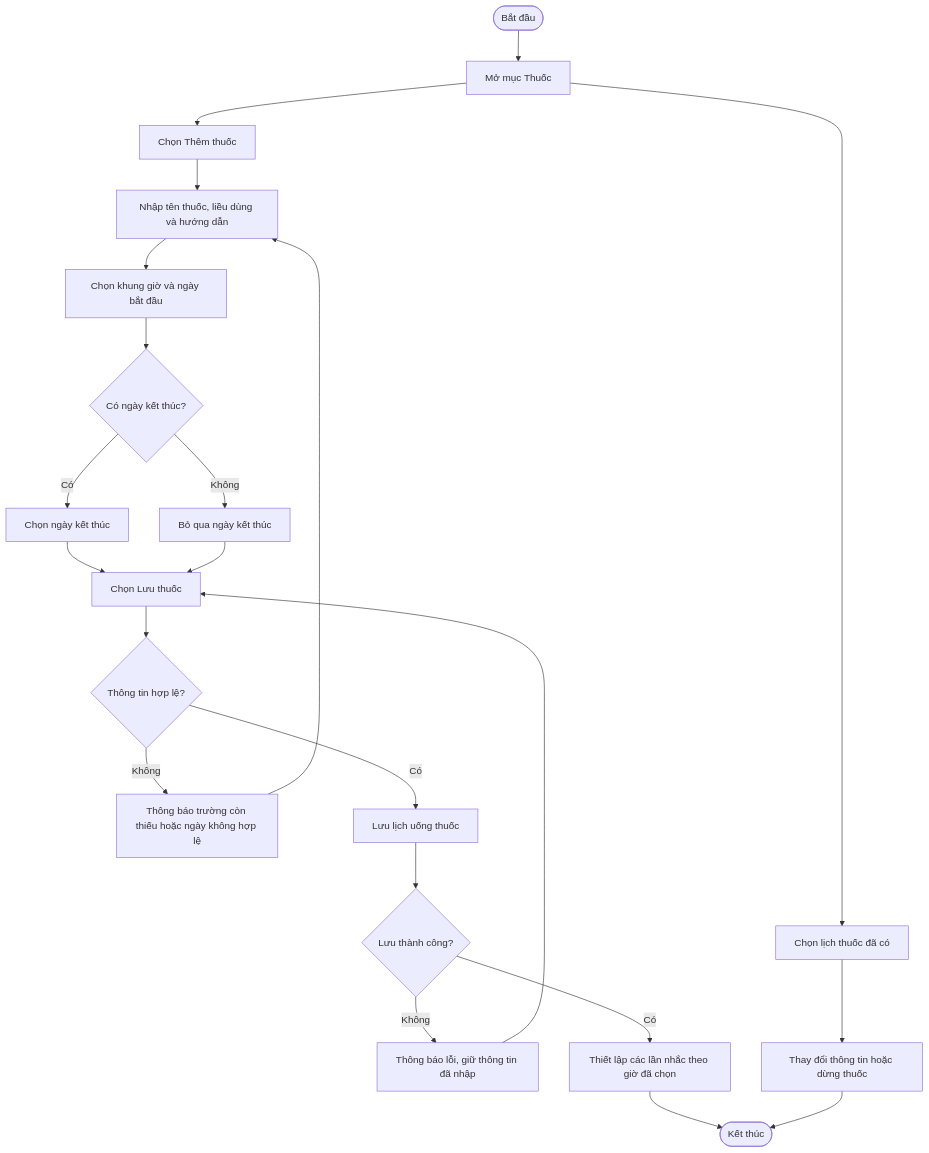
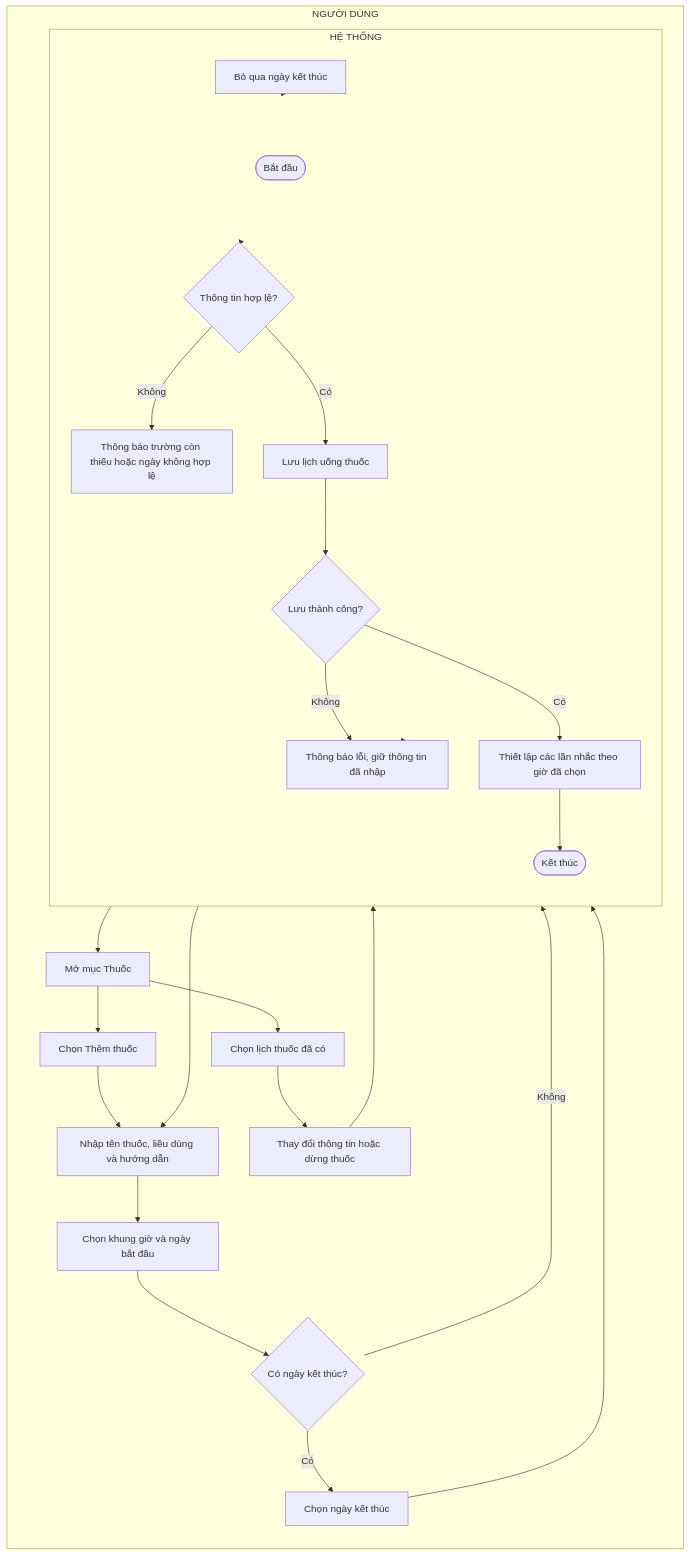
One commit to Iron045/geriatricare changed the ninth of 17 diagrams in docs/bieu_do_hoat_dong_usecase.md. Above: the diagram before and after it, drawn with Mermaid. The commit also changed other lines of this file, not shown here.

Commit message:
docs: split activity diagrams into user and system swimlanes

````diff
--- a/docs/bieu_do_hoat_dong_usecase.md
+++ b/docs/bieu_do_hoat_dong_usecase.md
@@ -158,22 +314,46 @@
 ```mermaid
-flowchart TD
- S([Bắt đầu]) --> A[Mở mục Thuốc]
- A --> B[Chọn Thêm thuốc]
- B --> C[Nhập tên thuốc, liều dùng và hướng dẫn]
- C --> D[Chọn khung giờ và ngày bắt đầu]
- D --> E{Có ngày kết thúc?}
- E -- Có --> F[Chọn ngày kết thúc]
- E -- Không --> G[Bỏ qua ngày kết thúc]
- F --> H[Chọn Lưu thuốc]
- G --> H
- H --> I{Thông tin hợp lệ?}
- I -- Không --> J[Thông báo trường còn thiếu hoặc ngày không hợp lệ] --> C
- I -- Có --> K[Lưu lịch uống thuốc]
- K --> L{Lưu thành công?}
- L -- Không --> M[Thông báo lỗi, giữ thông tin đã nhập] --> H
- L -- Có --> N[Thiết lập các lần nhắc theo giờ đã chọn]
- N --> T([Kết thúc])
- A --> O[Chọn lịch thuốc đã có]
- O --> P[Thay đổi thông tin hoặc dừng thuốc]
- P --> T
+flowchart LR
+  subgraph U["NGƯỜI DÙNG"]
+    direction TB
+    A[Mở mục Thuốc]
+    B[Chọn Thêm thuốc]
+    C[Nhập tên thuốc, liều dùng và hướng dẫn]
+    D[Chọn khung giờ và ngày bắt đầu]
+    E{Có ngày kết thúc?}
+    F[Chọn ngày kết thúc]
+    H[Chọn Lưu thuốc]
+    O[Chọn lịch thuốc đã có]
+    P[Thay đổi thông tin hoặc dừng thuốc]
+  end
+  subgraph H["HỆ THỐNG"]
+    direction TB
+    S([Bắt đầu])
+    G[Bỏ qua ngày kết thúc]
+    I{Thông tin hợp lệ?}
+    J[Thông báo trường còn thiếu hoặc ngày không hợp lệ]
+    K[Lưu lịch uống thuốc]
+    L{Lưu thành công?}
+    M[Thông báo lỗi, giữ thông tin đã nhập]
+    N[Thiết lập các lần nhắc theo giờ đã chọn]
+    T([Kết thúc])
+  end
+  S --> A
+  A --> B
+  B --> C
+  C --> D
+  D --> E
+  E -- Có --> F
+  E -- Không --> G
+  F --> H
+  G --> H
+  H --> I
+  I -- Không --> J --> C
+  I -- Có --> K
+  K --> L
+  L -- Không --> M --> H
+  L -- Có --> N
+  N --> T
+  A --> O
+  O --> P
+  P --> T
 ```
````
